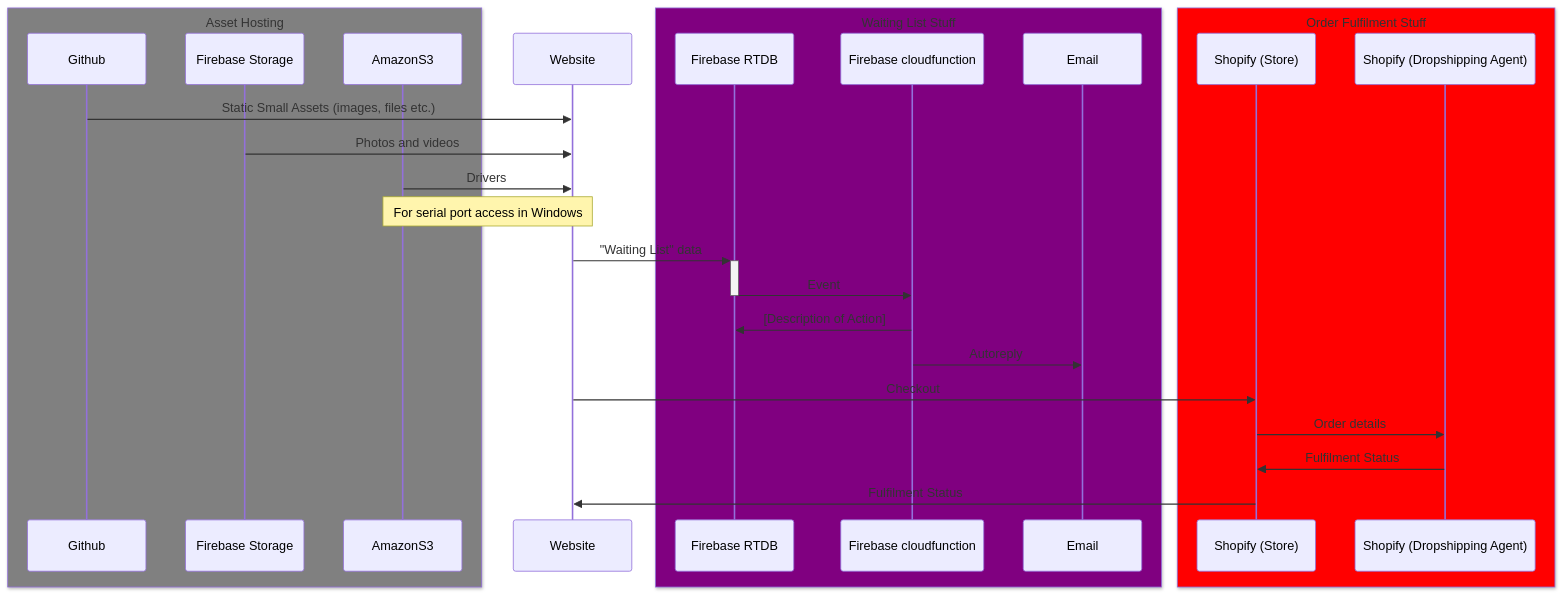
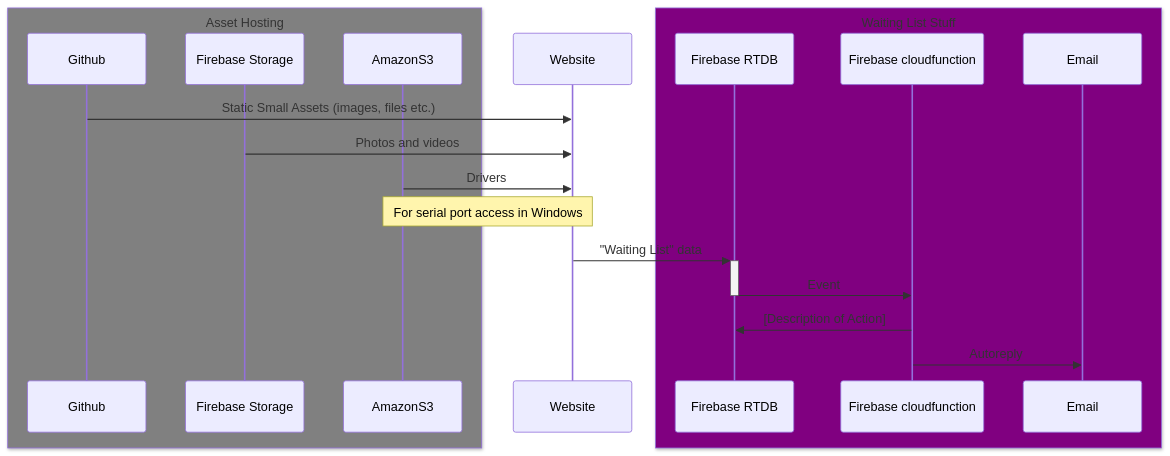
The diagram in README.md (devATdbsutdio/dattabaumstudio.com), drawn with Mermaid before and after one commit. The commit also changed other lines of this file and 3 other files, not shown here.

````diff
--- a/README.md
+++ b/README.md
@@ -56,31 +58,23 @@
 ```mermaid
 sequenceDiagram
     box Gray Asset Hosting
         participant Github
         participant FirebaseStorage as Firebase Storage
         participant AmazonS3
     end
     participant Website
     box Purple Waiting List Stuff
         participant FirebaseDB as Firebase RTDB
         participant FirebaseFunction as Firebase cloudfunction
         participant Email
     end
-    box Red Order Fulfilment Stuff
-        participant ShopifyStore as Shopify (Store)
-        participant ShopifyAgent as Shopify (Dropshipping Agent)
-    end
 
     Github->>Website: Static Small Assets (images, files etc.)
     FirebaseStorage->>Website: Photos and videos
     AmazonS3->>Website: Drivers
     Note over AmazonS3,Website: For serial port access in Windows
     Website->>+FirebaseDB: "Waiting List" data
     FirebaseDB->>-FirebaseFunction: Event
     FirebaseFunction->>FirebaseDB: [Description of Action]
     FirebaseFunction->>Email: Autoreply
-    Website->>ShopifyStore: Checkout
-    ShopifyStore->>ShopifyAgent: Order details
-    ShopifyAgent->>ShopifyStore: Fulfilment Status
-    ShopifyStore->>Website: Fulfilment Status
 ```
````
